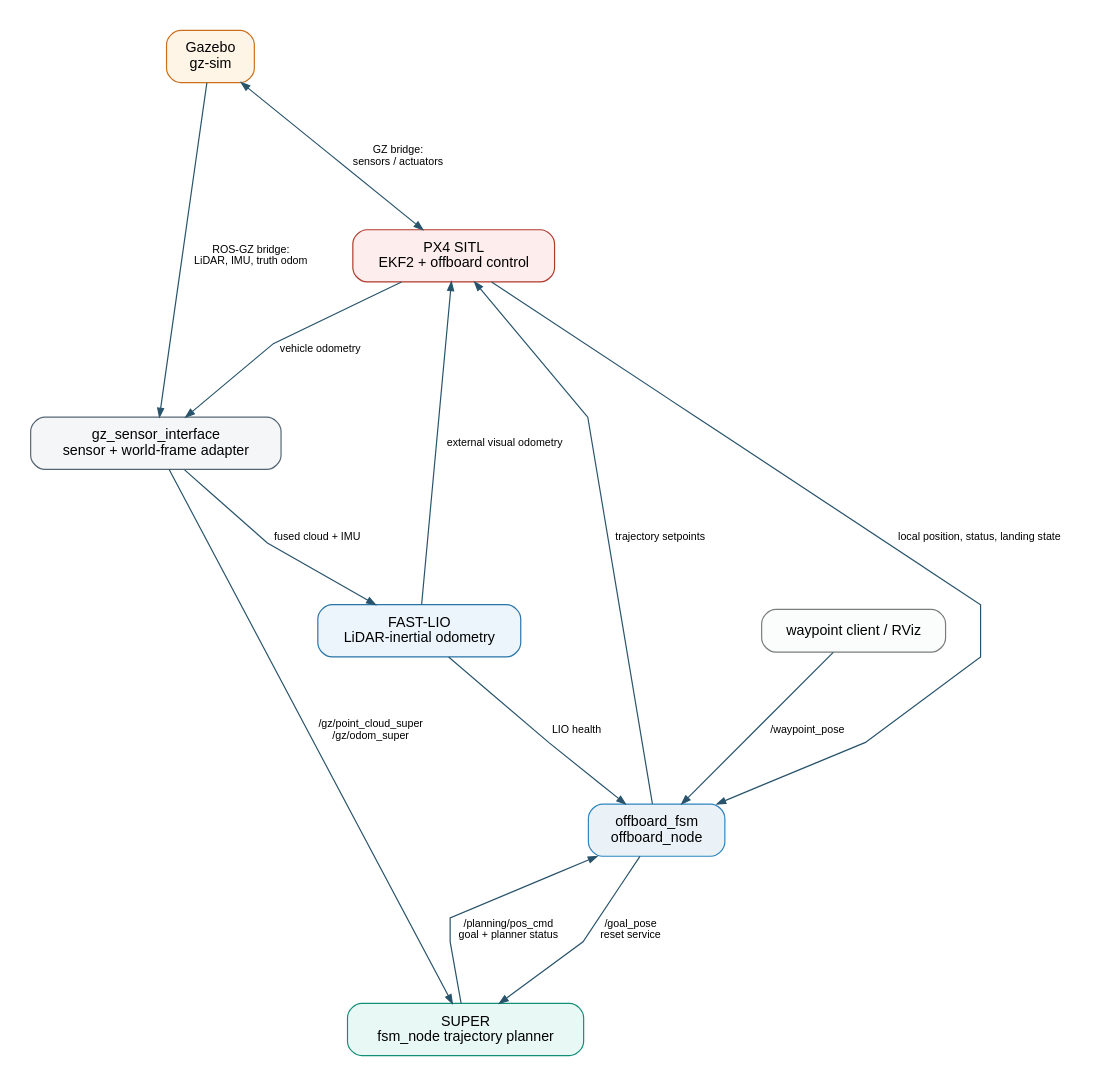
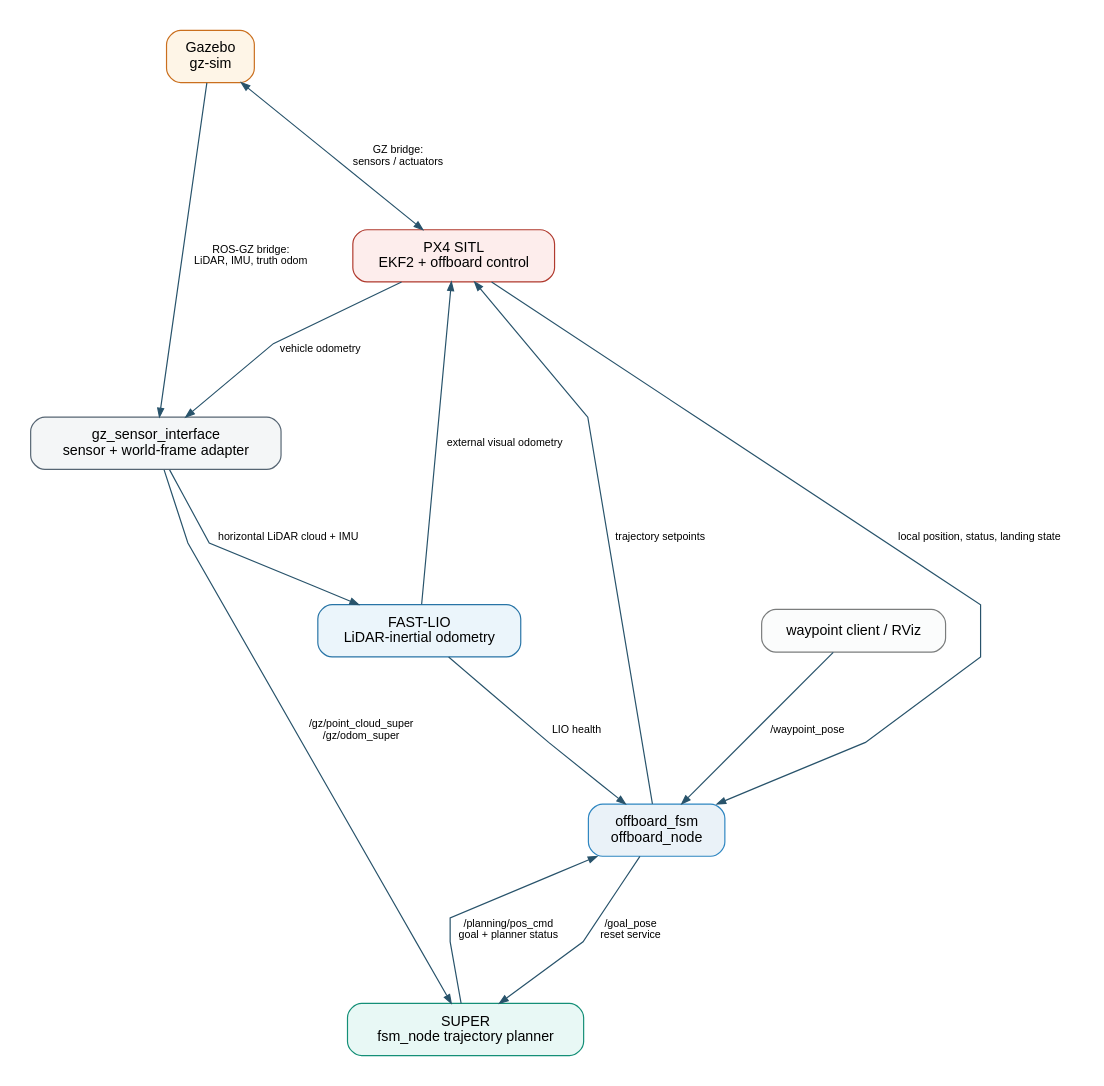
One commit to henryshum0/YunguProject changed the diagram in docs/assets/module_dependency_graph.dot. Above: the diagram before and after it, drawn with Graphviz. The commit also changed 42 other files, not shown here.

```diff
--- a/docs/assets/module_dependency_graph.dot
+++ b/docs/assets/module_dependency_graph.dot
@@ -1,47 +1,47 @@
 digraph ModuleDependencyGraph {
   graph [
     rankdir=TB,
     bgcolor="white",
     pad="0.25",
     nodesep="0.8",
     ranksep="1.45",
     splines=polyline,
     fontname="Helvetica"
   ];
   node [
     shape=box,
     style="rounded,filled",
     color="#28536B",
     fillcolor="#EAF4F7",
     fontname="Helvetica",
     fontsize=12,
     margin="0.20,0.12"
   ];
   edge [
     color="#28536B",
     fontname="Helvetica",
     fontsize=9,
     arrowsize=0.72
   ];
 
   Gazebo [label="Gazebo\ngz-sim", fillcolor="#FEF5E7", color="#CA6F1E"];
   PX4 [label="PX4 SITL\nEKF2 + offboard control", fillcolor="#FDEDEC", color="#B03A2E"];
   Adapter [label="gz_sensor_interface\nsensor + world-frame adapter", fillcolor="#F4F6F7", color="#566573"];
   FastLio [label="FAST-LIO\nLiDAR-inertial odometry", fillcolor="#EBF5FB", color="#2874A6"];
   Super [label="SUPER\nfsm_node trajectory planner", fillcolor="#E8F8F5", color="#148F77"];
   Offboard [label="offboard_fsm\noffboard_node", fillcolor="#EAF2F8", color="#2E86C1"];
   Goals [label="waypoint client / RViz", fillcolor="#FBFCFC", color="#7B7D7D"];
 
   Gazebo -> PX4 [dir=both, label="GZ bridge:\nsensors / actuators"];
   Gazebo -> Adapter [label="ROS-GZ bridge:\nLiDAR, IMU, truth odom"];
   PX4 -> Adapter [label="vehicle odometry"];
-  Adapter -> FastLio [label="fused cloud + IMU"];
+  Adapter -> FastLio [label="horizontal LiDAR cloud + IMU"];
   FastLio -> PX4 [label="external visual odometry"];
   FastLio -> Offboard [label="LIO health"];
   Adapter -> Super [label="/gz/point_cloud_super\n/gz/odom_super"];
   Goals -> Offboard [label="/waypoint_pose"];
   Offboard -> Super [label="/goal_pose\nreset service"];
   Super -> Offboard [label="/planning/pos_cmd\ngoal + planner status"];
   Offboard -> PX4 [label="trajectory setpoints"];
   PX4 -> Offboard [label="local position, status, landing state"];
 }
```
